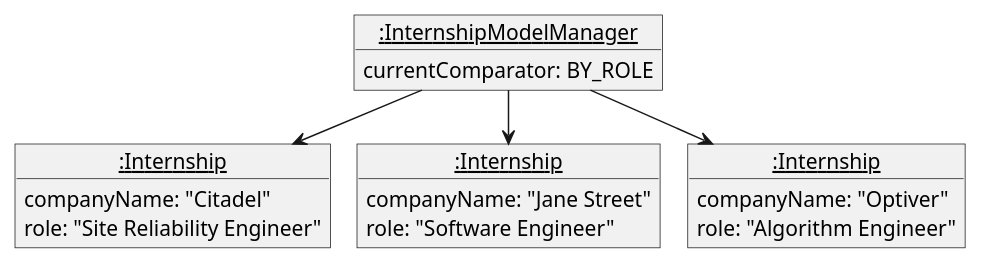
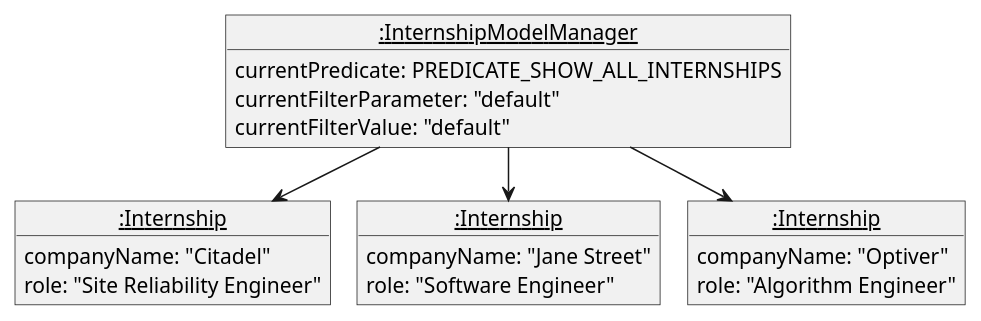
The diagram in docs/diagrams/FilterCommandState0.puml (yongning0310/tp), drawn with PlantUML before and after one commit. The commit also changed 4 other files, not shown here.

Commit message:
Update DG and diagrams for filter

```diff
--- a/docs/diagrams/FilterCommandState0.puml
+++ b/docs/diagrams/FilterCommandState0.puml
@@ -1,26 +1,29 @@
 @startuml
 !pragma layout smetana
 object "<u>:InternshipModelManager" as IL {
-  currentComparator: BY_ROLE
+  currentPredicate: PREDICATE_SHOW_ALL_INTERNSHIPS
+  currentFilterParameter: "default"
+  currentFilterValue: "default"
+
 }
 
 object "<u>:Internship" as I1 {
   companyName: "Citadel"
   role: "Site Reliability Engineer"
 }
 
 object "<u>:Internship" as I2 {
   companyName: "Jane Street"
   role: "Software Engineer"
 }
 
 object "<u>:Internship" as I3 {
   companyName: "Optiver"
   role: "Algorithm Engineer"
 }
 
 IL -down-> I3
 IL -down-> I1
 IL -down-> I2
 
 @enduml
```
